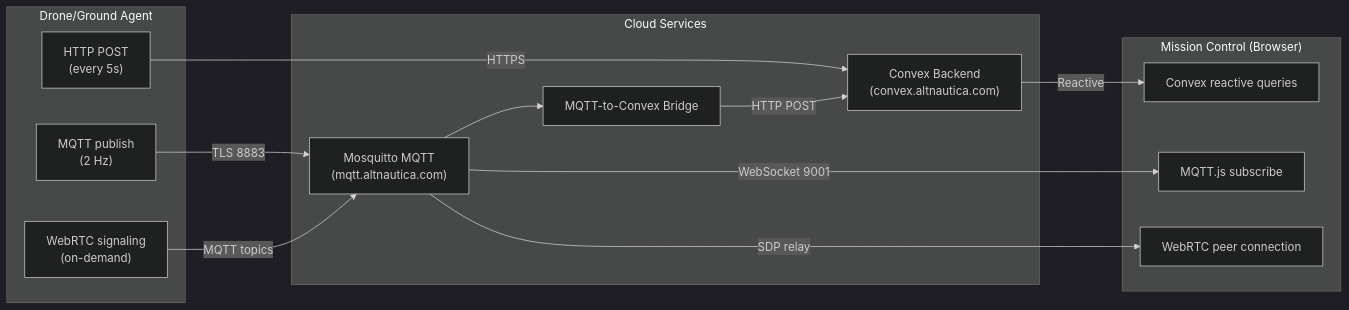
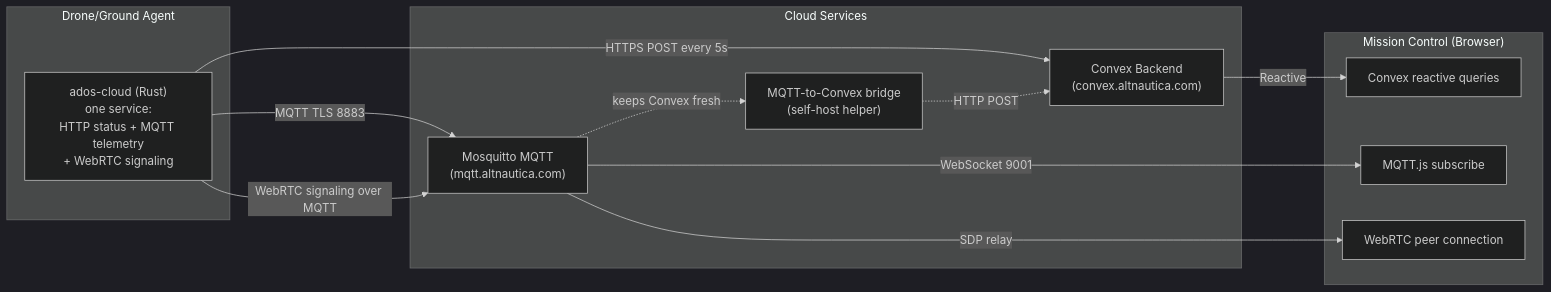
The diagram in architecture/cloud-infrastructure.mdx (altnautica/Documentation), drawn with Mermaid before and after one commit. The commit also changed other lines of this file and 131 other files, not shown here.

````diff
--- a/architecture/cloud-infrastructure.mdx
+++ b/architecture/cloud-infrastructure.mdx
@@ -13,32 +14,30 @@
 ```mermaid
 %%{init: {'theme': 'dark'}}%%
 flowchart LR
     subgraph Agent["Drone/Ground Agent"]
-        A_HTTP["HTTP POST<br/>(every 5s)"]
-        A_MQTT["MQTT publish<br/>(2 Hz)"]
-        A_WebRTC["WebRTC signaling<br/>(on-demand)"]
+        Cloud["ados-cloud (Rust)<br/>one service:<br/>HTTP status + MQTT telemetry<br/>+ WebRTC signaling"]
     end
 
-    subgraph Cloud["Cloud Services"]
+    subgraph CloudSvc["Cloud Services"]
         Convex["Convex Backend<br/>(convex.altnautica.com)"]
         Mosquitto["Mosquitto MQTT<br/>(mqtt.altnautica.com)"]
-        Bridge["MQTT-to-Convex Bridge"]
+        Bridge["MQTT-to-Convex bridge<br/>(self-host helper)"]
     end
 
     subgraph GCS["Mission Control (Browser)"]
         B_Convex["Convex reactive queries"]
         B_MQTT["MQTT.js subscribe"]
         B_WebRTC["WebRTC peer connection"]
     end
 
-    A_HTTP -->|HTTPS| Convex
-    A_MQTT -->|TLS 8883| Mosquitto
-    A_WebRTC -->|MQTT topics| Mosquitto
+    Cloud -->|HTTPS POST every 5s| Convex
+    Cloud -->|MQTT TLS 8883| Mosquitto
+    Cloud -->|WebRTC signaling over MQTT| Mosquitto
 
-    Mosquitto --> Bridge
-    Bridge -->|HTTP POST| Convex
+    Mosquitto -.->|keeps Convex fresh| Bridge
+    Bridge -.->|HTTP POST| Convex
 
     Convex -->|Reactive| B_Convex
     Mosquitto -->|WebSocket 9001| B_MQTT
     Mosquitto -->|SDP relay| B_WebRTC
 ```
````
